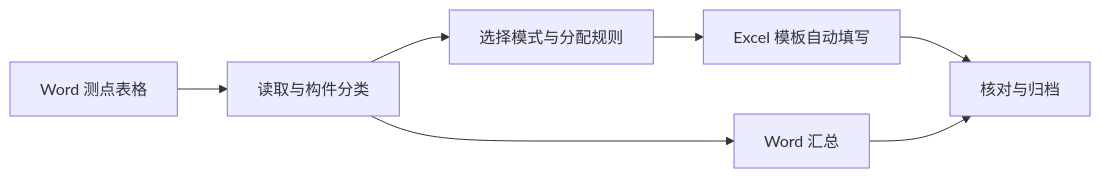
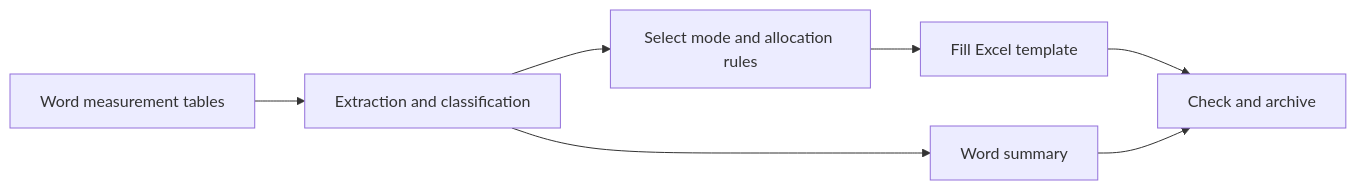
Before and after one commit to kkkklck/original-record-auto-fill: the diagram in README.md, drawn with Mermaid. The commit also changed other lines of this file and 2 other files, not shown here.

````diff
--- a/README.md
+++ b/README.md
@@ -34,9 +34,9 @@
 ```mermaid
 flowchart LR
-    A[Word 测点表格] --> B[读取与构件分类]
-    B --> C[选择模式与分配规则]
-    C --> D[Excel 模板自动填写]
-    B --> E[Word 汇总]
-    D --> F[核对与归档]
+    A[Word measurement tables] --> B[Extraction and classification]
+    B --> C[Select mode and allocation rules]
+    C --> D[Fill Excel template]
+    B --> E[Word summary]
+    D --> F[Check and archive]
     E --> F
 ```
````
